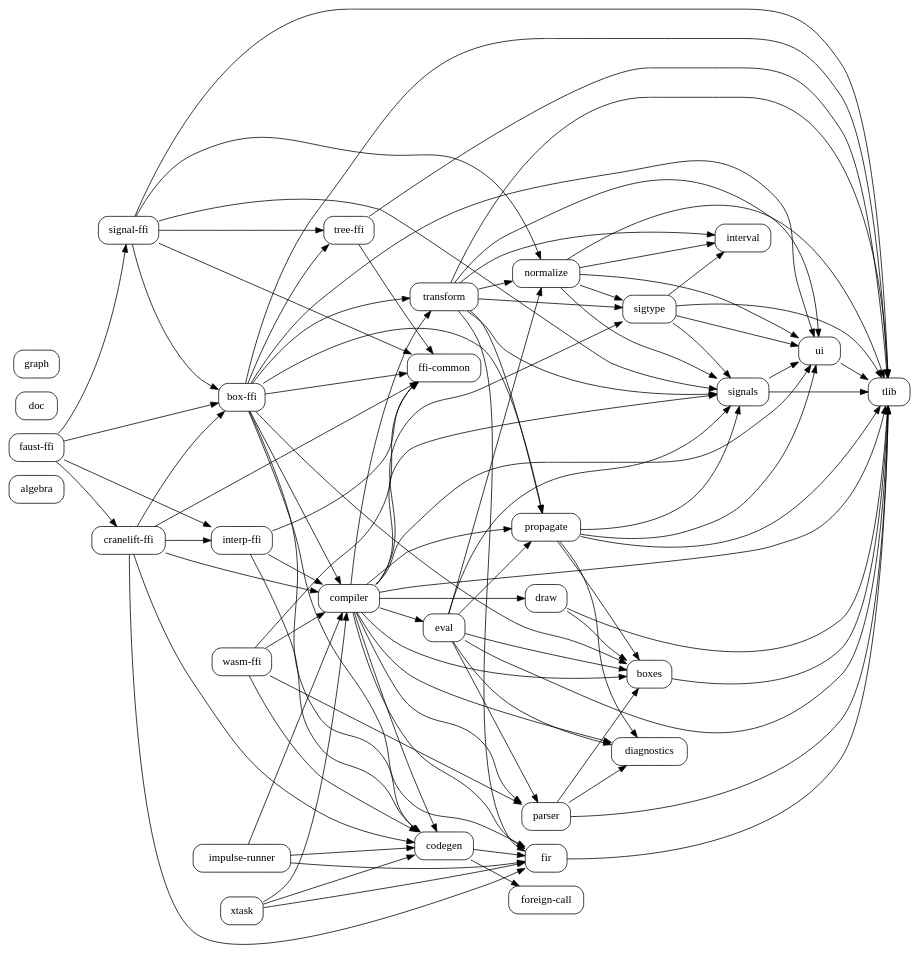
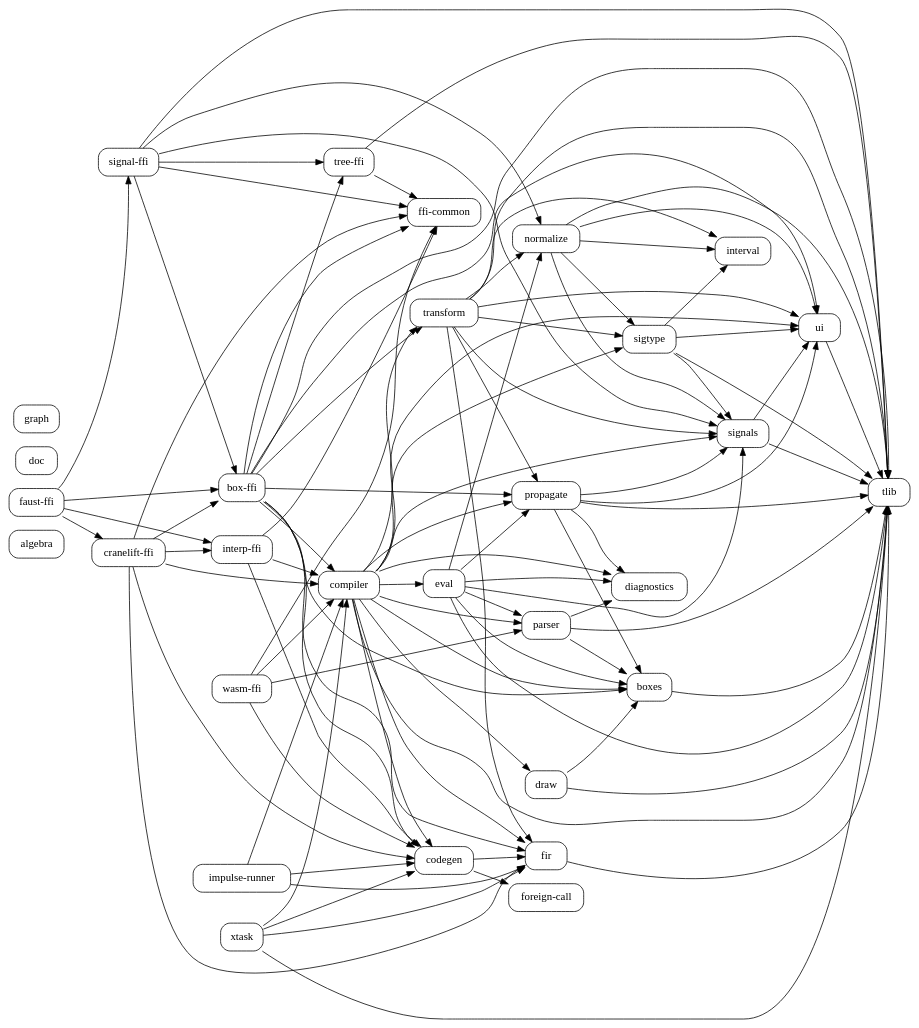
One commit to grame-cncm/faust-rs changed the diagram in docs/code-graphs/internal-crate-deps.dot. Above: the diagram before and after it, drawn with Graphviz. The commit also changed 17 other files, not shown here.

```diff
--- a/docs/code-graphs/internal-crate-deps.dot
+++ b/docs/code-graphs/internal-crate-deps.dot
@@ -1,129 +1,130 @@
 digraph workspace_crates {
     rankdir=LR;
     node [shape=box, style="rounded"];
     "algebra";
     "box-ffi";
     "boxes";
     "codegen";
     "compiler";
     "cranelift-ffi";
     "diagnostics";
     "doc";
     "draw";
     "eval";
     "faust-ffi";
     "ffi-common";
     "fir";
     "foreign-call";
     "graph";
     "impulse-runner";
     "interp-ffi";
     "interval";
     "normalize";
     "parser";
     "propagate";
     "signal-ffi";
     "signals";
     "sigtype";
     "tlib";
     "transform";
     "tree-ffi";
     "ui";
     "wasm-ffi";
     "xtask";
     "box-ffi" -> "boxes";
     "box-ffi" -> "codegen";
     "box-ffi" -> "compiler";
     "box-ffi" -> "ffi-common";
     "box-ffi" -> "fir";
     "box-ffi" -> "propagate";
     "box-ffi" -> "tlib";
     "box-ffi" -> "transform";
     "box-ffi" -> "tree-ffi";
     "box-ffi" -> "ui";
     "boxes" -> "tlib";
     "codegen" -> "fir";
     "codegen" -> "foreign-call";
     "compiler" -> "boxes";
     "compiler" -> "codegen";
     "compiler" -> "diagnostics";
     "compiler" -> "draw";
     "compiler" -> "eval";
     "compiler" -> "fir";
     "compiler" -> "parser";
     "compiler" -> "propagate";
     "compiler" -> "signals";
     "compiler" -> "sigtype";
     "compiler" -> "tlib";
     "compiler" -> "transform";
     "compiler" -> "ui";
     "cranelift-ffi" -> "box-ffi";
     "cranelift-ffi" -> "codegen";
     "cranelift-ffi" -> "compiler";
     "cranelift-ffi" -> "ffi-common";
     "cranelift-ffi" -> "fir";
     "cranelift-ffi" -> "interp-ffi";
     "draw" -> "boxes";
     "draw" -> "tlib";
     "eval" -> "boxes";
     "eval" -> "diagnostics";
     "eval" -> "normalize";
     "eval" -> "parser";
     "eval" -> "propagate";
     "eval" -> "signals";
     "eval" -> "tlib";
     "faust-ffi" -> "box-ffi";
     "faust-ffi" -> "cranelift-ffi";
     "faust-ffi" -> "interp-ffi";
     "faust-ffi" -> "signal-ffi";
     "fir" -> "tlib";
     "impulse-runner" -> "codegen";
     "impulse-runner" -> "compiler";
     "impulse-runner" -> "fir";
     "interp-ffi" -> "codegen";
     "interp-ffi" -> "compiler";
     "interp-ffi" -> "ffi-common";
     "normalize" -> "interval";
     "normalize" -> "signals";
     "normalize" -> "sigtype";
     "normalize" -> "tlib";
     "normalize" -> "ui";
     "parser" -> "boxes";
     "parser" -> "diagnostics";
     "parser" -> "tlib";
     "propagate" -> "boxes";
     "propagate" -> "diagnostics";
     "propagate" -> "signals";
     "propagate" -> "tlib";
     "propagate" -> "ui";
     "signal-ffi" -> "box-ffi";
     "signal-ffi" -> "ffi-common";
     "signal-ffi" -> "normalize";
     "signal-ffi" -> "signals";
     "signal-ffi" -> "tlib";
     "signal-ffi" -> "tree-ffi";
     "signals" -> "tlib";
     "signals" -> "ui";
     "sigtype" -> "interval";
     "sigtype" -> "signals";
     "sigtype" -> "tlib";
     "sigtype" -> "ui";
     "transform" -> "fir";
     "transform" -> "interval";
     "transform" -> "normalize";
     "transform" -> "propagate";
     "transform" -> "signals";
     "transform" -> "sigtype";
     "transform" -> "tlib";
     "transform" -> "ui";
     "tree-ffi" -> "ffi-common";
     "tree-ffi" -> "tlib";
     "ui" -> "tlib";
     "wasm-ffi" -> "codegen";
     "wasm-ffi" -> "compiler";
     "wasm-ffi" -> "ffi-common";
     "wasm-ffi" -> "parser";
     "xtask" -> "codegen";
     "xtask" -> "compiler";
     "xtask" -> "fir";
+    "xtask" -> "tlib";
 }
```
